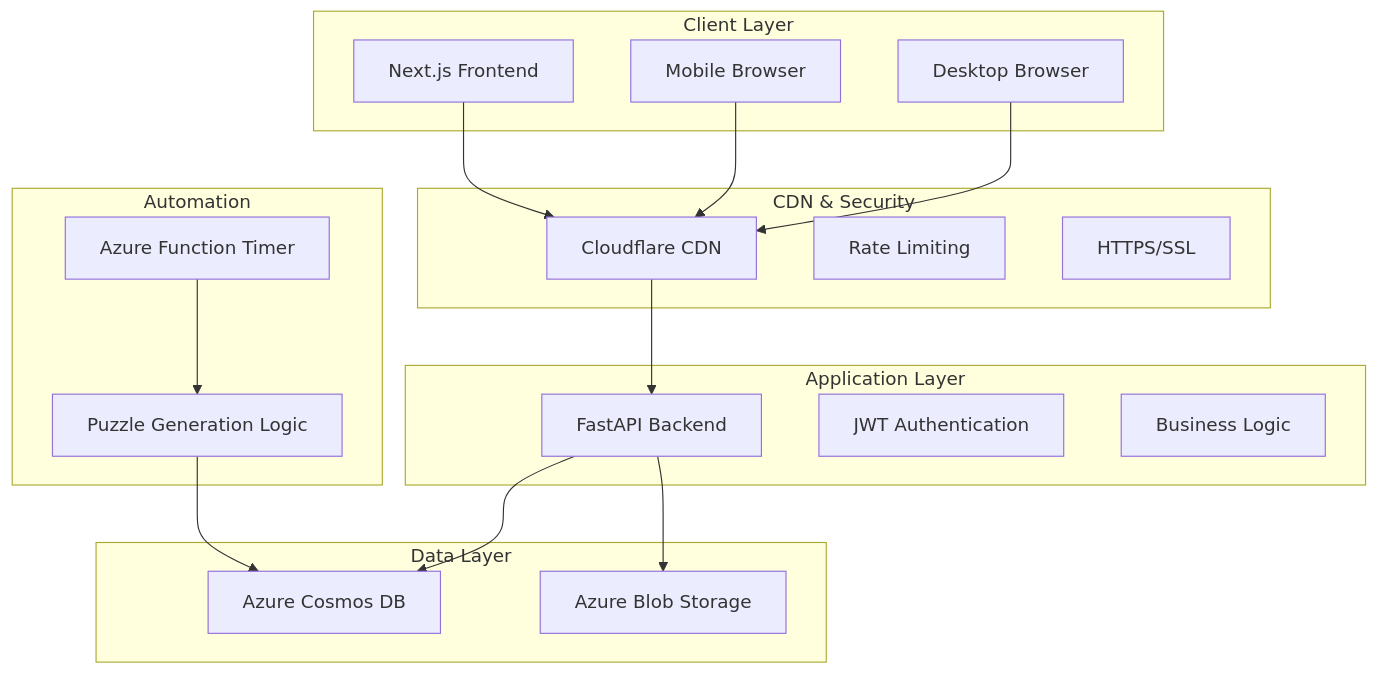
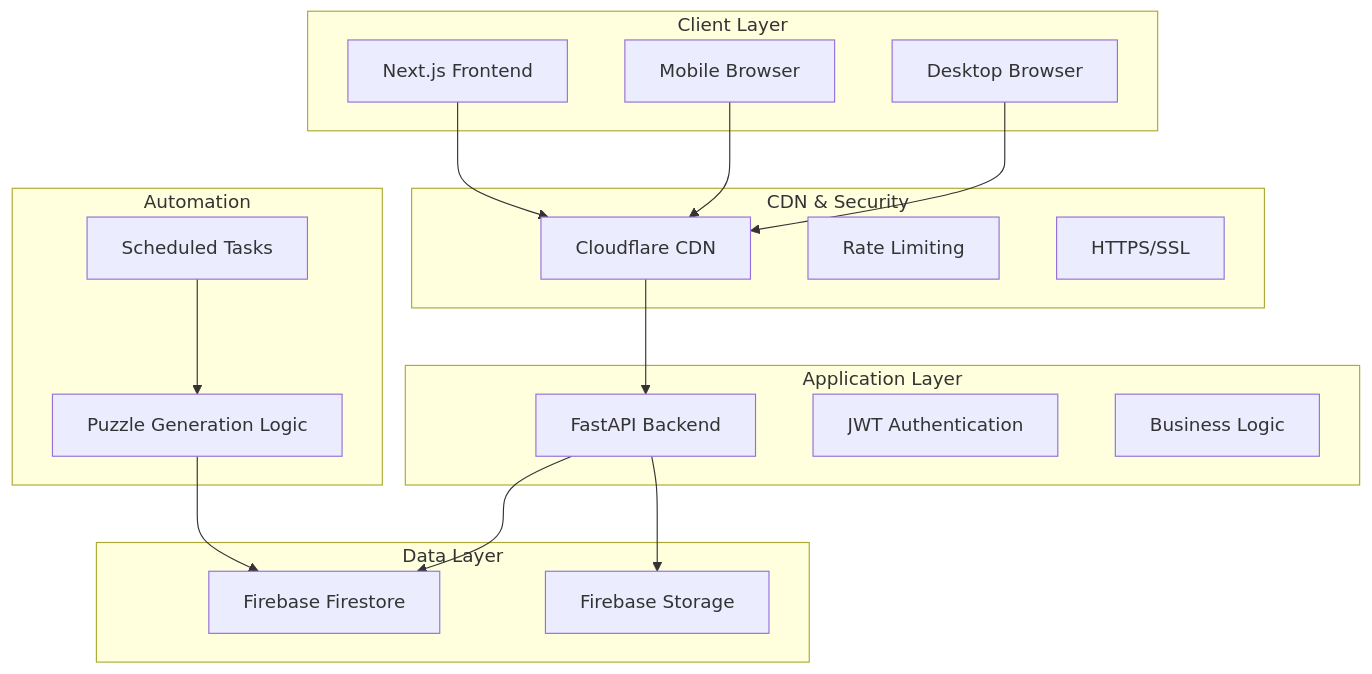
The diagram in .kiro/specs/comic-guess-app/design.md (AnishKajan/ComicGuess), drawn with Mermaid before and after one commit. The commit also changed other lines of this file and 69 other files, not shown here.

Commit message:
Azure to Firebase Migration

````diff
--- a/.kiro/specs/comic-guess-app/design.md
+++ b/.kiro/specs/comic-guess-app/design.md
@@ -13,39 +13,39 @@
 ```mermaid
 graph TB
     subgraph "Client Layer"
         A[Next.js Frontend]
         B[Mobile Browser]
         C[Desktop Browser]
     end
     
     subgraph "CDN & Security"
         D[Cloudflare CDN]
         E[Rate Limiting]
         F[HTTPS/SSL]
     end
     
     subgraph "Application Layer"
         G[FastAPI Backend]
         H[JWT Authentication]
         I[Business Logic]
     end
     
     subgraph "Data Layer"
-        J[Azure Cosmos DB]
-        K[Azure Blob Storage]
+        J[Firebase Firestore]
+        K[Firebase Storage]
     end
     
     subgraph "Automation"
-        L[Azure Function Timer]
+        L[Scheduled Tasks]
         M[Puzzle Generation Logic]
     end
     
     B --> D
     C --> D
     A --> D
     D --> G
     G --> J
     G --> K
     L --> M
     M --> J
 ```
````
